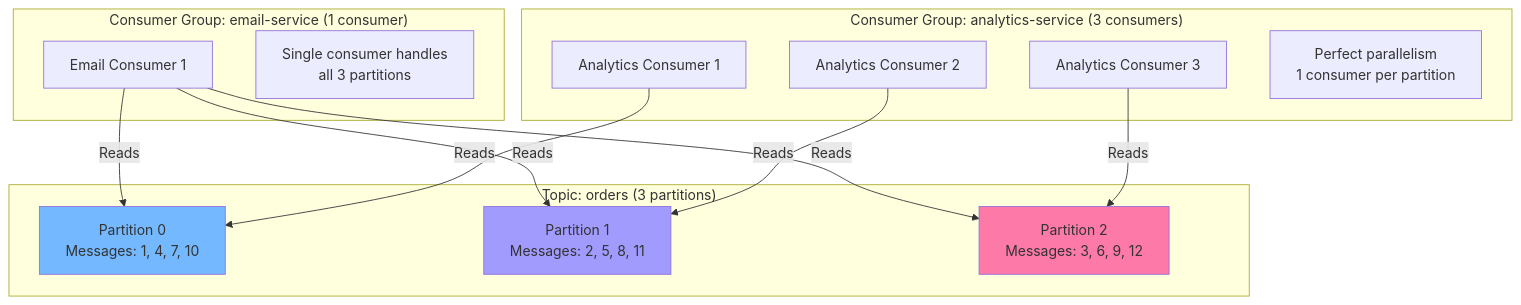
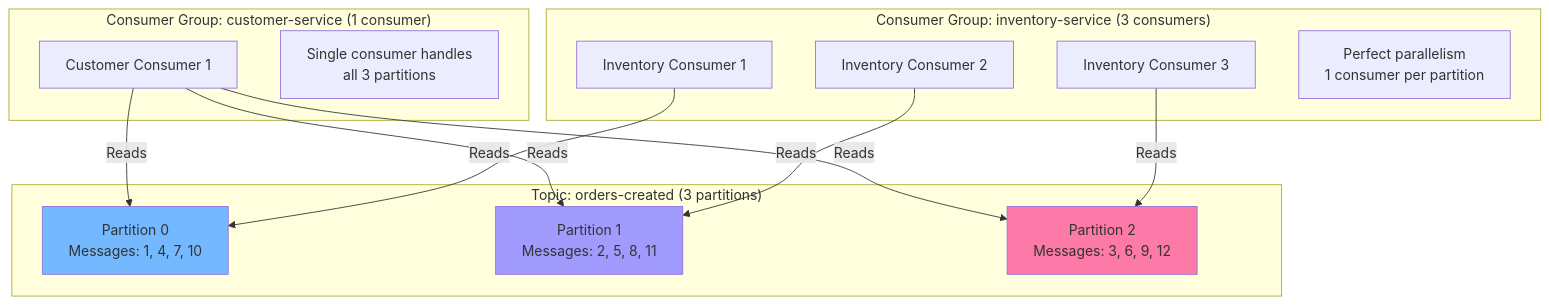
Before and after one commit to tomakazoo/ai-family-blog: the seventh of 11 diagrams in src/content/posts/part-04-hands-on-kafka.md, drawn with Mermaid. The commit also changed other lines of this file, not shown here.

````diff
--- a/src/content/posts/part-04-hands-on-kafka.md
+++ b/src/content/posts/part-04-hands-on-kafka.md
@@ -1315,27 +620,27 @@
 ```mermaid
 graph TB
-    subgraph "Topic: orders (3 partitions)"
+    subgraph "Topic: orders-created (3 partitions)"
         P0[Partition 0<br/>Messages: 1, 4, 7, 10]
         P1[Partition 1<br/>Messages: 2, 5, 8, 11]
         P2[Partition 2<br/>Messages: 3, 6, 9, 12]
     end
     
-    subgraph "Consumer Group: email-service (1 consumer)"
-        E1[Email Consumer 1]
-        E1 -->|Reads| P0
-        E1 -->|Reads| P1
-        E1 -->|Reads| P2
+    subgraph "Consumer Group: customer-service (1 consumer)"
+        C1[Customer Consumer 1]
+        C1 -->|Reads| P0
+        C1 -->|Reads| P1
+        C1 -->|Reads| P2
         Note1[Single consumer handles<br/>all 3 partitions]
     end
     
-    subgraph "Consumer Group: analytics-service (3 consumers)"
-        A1[Analytics Consumer 1] -->|Reads| P0
-        A2[Analytics Consumer 2] -->|Reads| P1
-        A3[Analytics Consumer 3] -->|Reads| P2
+    subgraph "Consumer Group: inventory-service (3 consumers)"
+        I1[Inventory Consumer 1] -->|Reads| P0
+        I2[Inventory Consumer 2] -->|Reads| P1
+        I3[Inventory Consumer 3] -->|Reads| P2
         Note2[Perfect parallelism<br/>1 consumer per partition]
     end
     
     style P0 fill:#74b9ff
     style P1 fill:#a29bfe
     style P2 fill:#fd79a8
 ```
````
